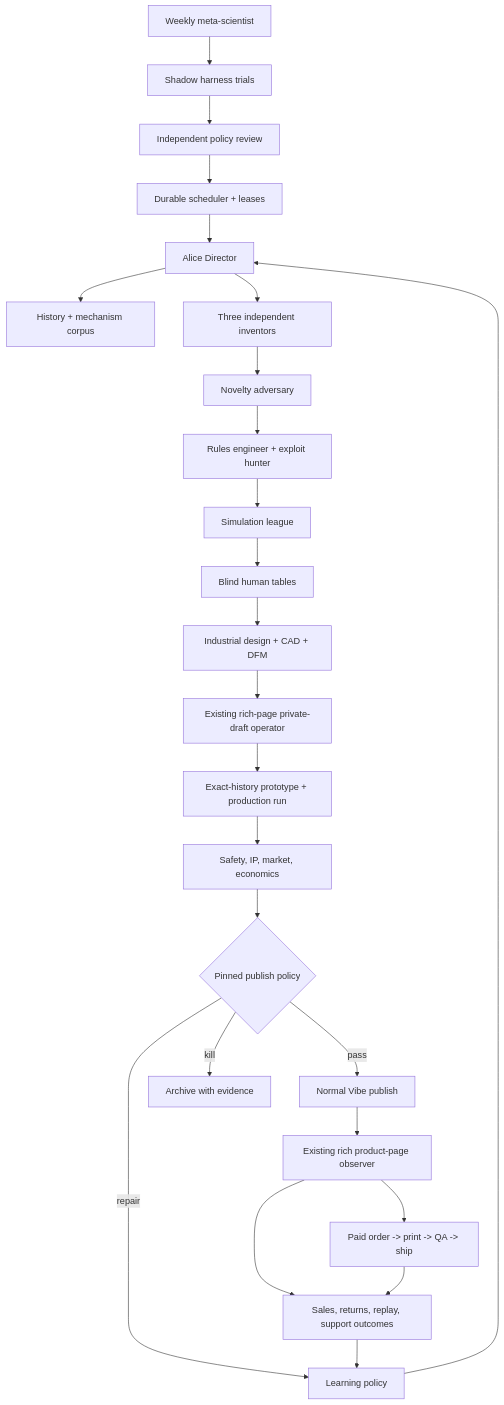
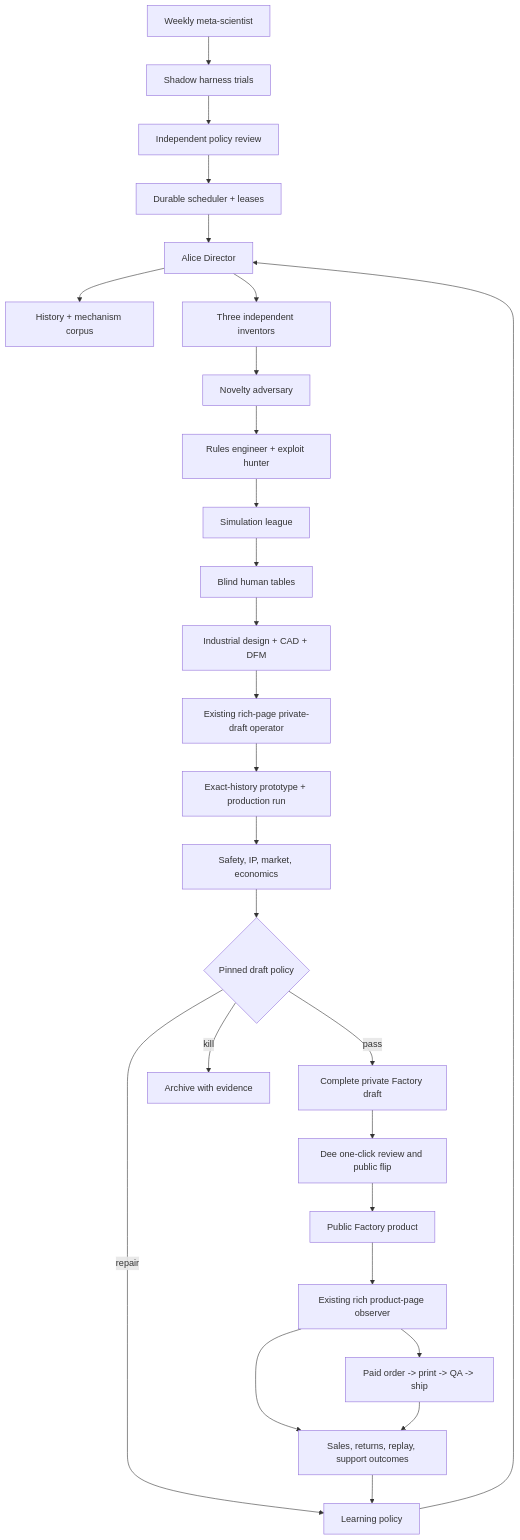
Before and after one commit to autonomous-ai/autonomous-workshop: the diagram in alice/ARCHITECTURE.md, drawn with Mermaid. The commit also changed other lines of this file and 32 other files, not shown here.

Commit message:
Harden Alice's invention and Factory draft pipeline

````diff
--- a/alice/ARCHITECTURE.md
+++ b/alice/ARCHITECTURE.md
@@ -19,27 +19,29 @@
 ```mermaid
 flowchart TD
   S["Durable scheduler + leases"] --> D["Alice Director"]
   D --> H["History + mechanism corpus"]
   D --> I["Three independent inventors"]
   I --> N["Novelty adversary"]
   N --> R["Rules engineer + exploit hunter"]
   R --> P["Simulation league"]
   P --> U["Blind human tables"]
   U --> C["Industrial design + CAD + DFM"]
   C --> V["Existing rich-page private-draft operator"]
   V --> P2["Exact-history prototype + production run"]
   P2 --> M["Safety, IP, market, economics"]
-  M --> G{"Pinned publish policy"}
-  G -->|pass| F["Normal Vibe publish"]
+  M --> G{"Pinned draft policy"}
+  G -->|pass| DRAFT["Complete private Factory draft"]
+  DRAFT --> REVIEW["Dee one-click review and public flip"]
+  REVIEW --> F["Public Factory product"]
   F --> W["Existing rich product-page observer"]
   G -->|repair| L["Learning policy"]
   G -->|kill| A["Archive with evidence"]
   W --> O["Sales, returns, replay, support outcomes"]
   W --> Q["Paid order -> print -> QA -> ship"]
   Q --> O
   O --> L
   L --> D
   X["Weekly meta-scientist"] --> Y["Shadow harness trials"]
   Y --> Z["Independent policy review"]
   Z --> S
 ```
````
